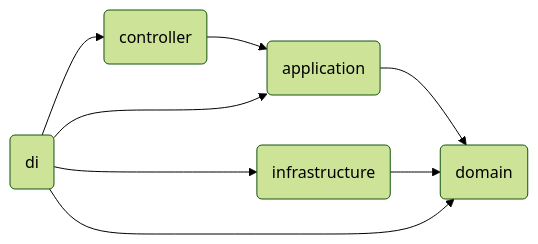
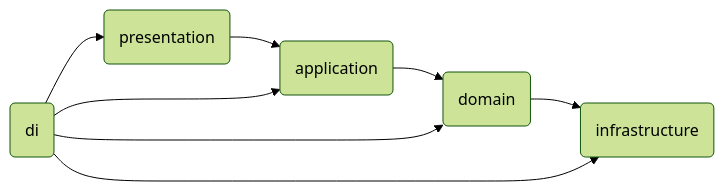
One commit to Turnin-Dev/turnin-server changed the diagram in README.md. Above: the diagram before and after it, drawn with Mermaid (forest theme). The commit also changed other lines of this file, not shown here.

````diff
--- a/README.md
+++ b/README.md
@@ -30,10 +30,10 @@
 ```mermaid
 flowchart LR
-    c(controller) --> a(application)
+    p(presentation) --> a(application)
     a --> d(domain)
-    i(infrastructure) --> d
-    di(di) --> c
+    d --> i(infrastructure)
+    di(di) --> p
     di(di) --> a
     di(di) --> d
     di(di) --> i
 ```
````
